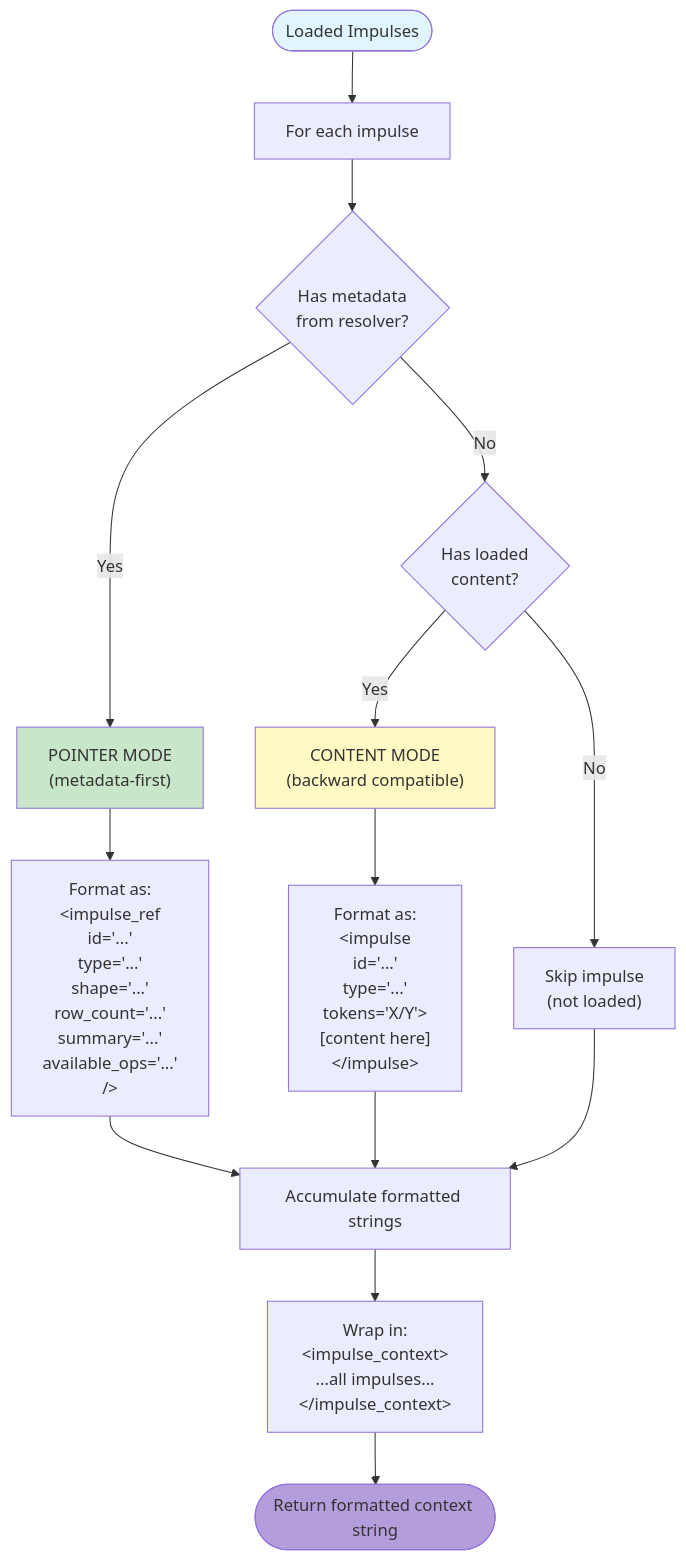
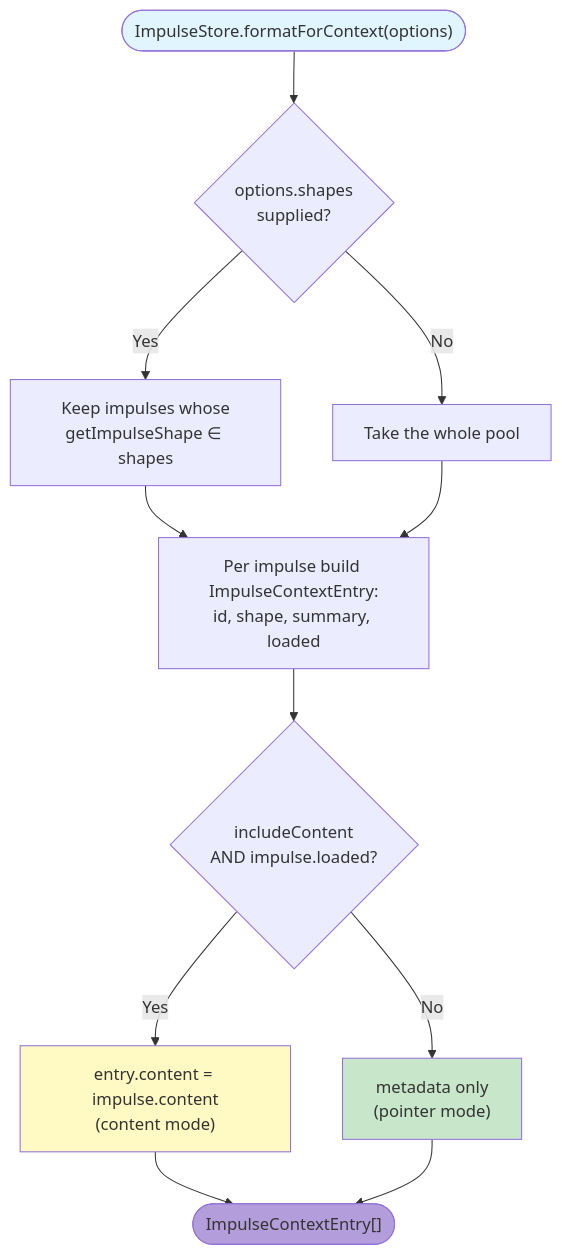
The sixth of 6 diagrams in docs/architecture/sequences/02-impulse-resolution.md (AviGopal/substrate), drawn with Mermaid before and after one commit. The commit also changed other lines of this file and 43 other files, not shown here.

````diff
--- a/docs/architecture/sequences/02-impulse-resolution.md
+++ b/docs/architecture/sequences/02-impulse-resolution.md
@@ -476,29 +233,22 @@
 ```mermaid
 graph TD
-    Start([Loaded Impulses]) --> Loop["For each impulse"]
+    Start(["ImpulseStore.formatForContext(options)"]) --> Filter{"options.shapes<br/>supplied?"}
+    Filter -->|Yes| Narrow["Keep impulses whose<br/>getImpulseShape ∈ shapes"]
+    Filter -->|No| All["Take the whole pool"]
 
-    Loop --> HasMetadata{Has metadata<br/>from resolver?}
+    Narrow --> Entry
+    All --> Entry
 
-    HasMetadata -->|Yes| PointerMode["POINTER MODE<br/>(metadata-first)"]
-    HasMetadata -->|No| CheckLoaded{Has loaded<br/>content?}
+    Entry["Per impulse build ImpulseContextEntry:<br/>id, shape, summary, loaded"] --> Content{"includeContent<br/>AND impulse.loaded?"}
 
-    PointerMode --> FormatPointer["Format as:<br/>&lt;impulse_ref<br/>  id='...'<br/>  type='...'<br/>  shape='...'<br/>  row_count='...'<br/>  summary='...'<br/>  available_ops='...'<br/>/&gt;"]
+    Content -->|Yes| WithBody["entry.content = impulse.content<br/>(content mode)"]
+    Content -->|No| MetaOnly["metadata only<br/>(pointer mode)"]
 
-    CheckLoaded -->|Yes| ContentMode["CONTENT MODE<br/>(backward compatible)"]
-    CheckLoaded -->|No| Skip["Skip impulse<br/>(not loaded)"]
-
-    ContentMode --> FormatContent["Format as:<br/>&lt;impulse<br/>  id='...'<br/>  type='...'<br/>  tokens='X/Y'&gt;<br/>[content here]<br/>&lt;/impulse&gt;"]
-
-    FormatPointer --> Accumulate
-    FormatContent --> Accumulate
-    Skip --> Accumulate
-
-    Accumulate["Accumulate formatted strings"] --> Wrap["Wrap in:<br/>&lt;impulse_context&gt;<br/>...all impulses...<br/>&lt;/impulse_context&gt;"]
-
-    Wrap --> Return([Return formatted context string])
+    WithBody --> Out(["ImpulseContextEntry[]"])
+    MetaOnly --> Out
 
     style Start fill:#e1f5ff
-    style PointerMode fill:#c8e6c9
-    style ContentMode fill:#fff9c4
-    style Return fill:#b39ddb
+    style MetaOnly fill:#c8e6c9
+    style WithBody fill:#fff9c4
+    style Out fill:#b39ddb
 ```
````
